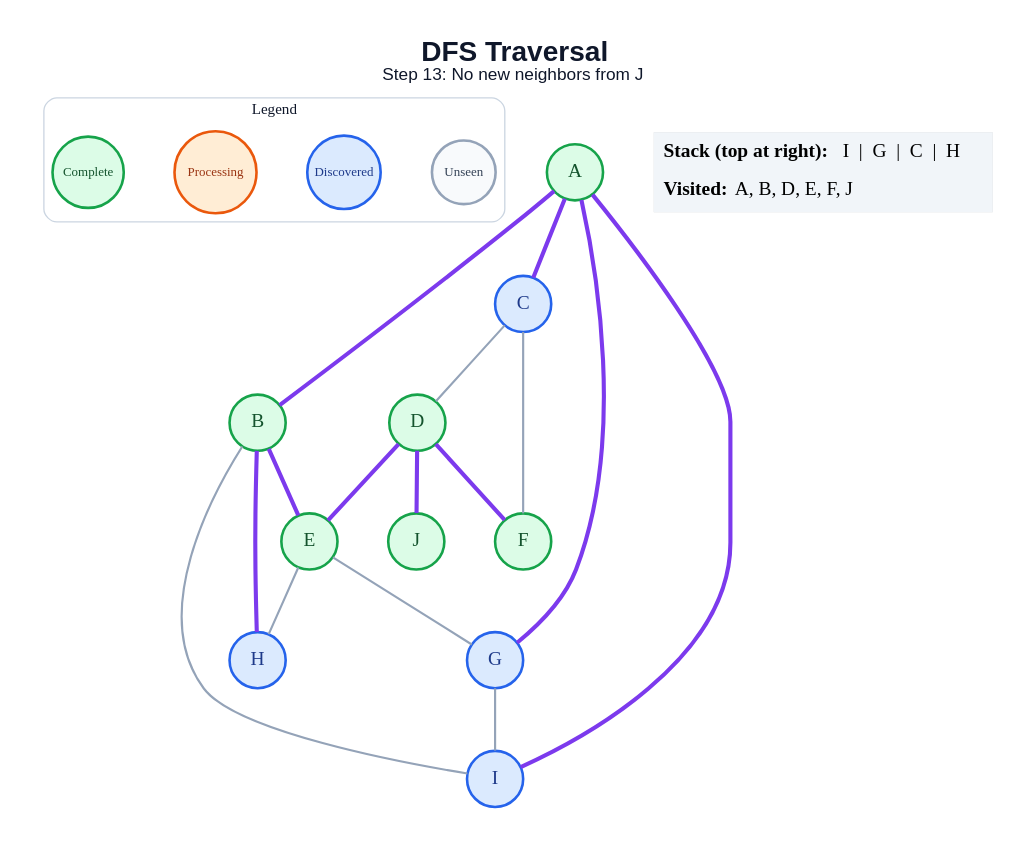
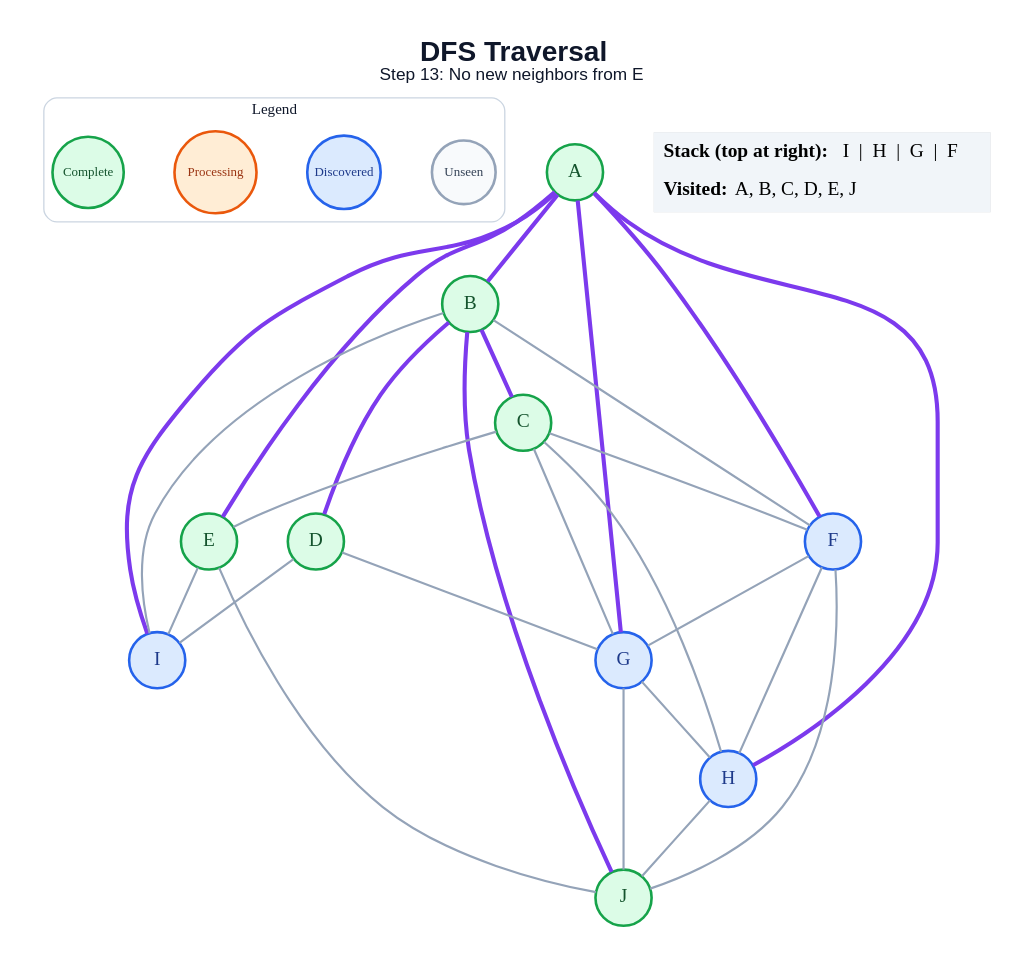
One commit to anon7238593-create/ai-slop changed the diagram in generated/dfs/step_13.dot. Above: the diagram before and after it, drawn with Graphviz. The commit also changed 178 other files, not shown here.

```diff
--- a/generated/dfs/step_13.dot
+++ b/generated/dfs/step_13.dot
@@ -1,44 +1,54 @@
 graph traversal {
   graph [layout=dot, rankdir=TB, bgcolor="#FFFFFF", pad="0.35", nodesep="0.65", ranksep="0.8", fontname="Arial"];
   node [shape=circle, style="filled", fontname="Arial Bold", fontsize=18, width=0.72, fixedsize=true, penwidth=2.4];
   edge [color="#94A3B8", penwidth=2.0];
-  label=<<B>DFS Traversal</B><BR/><FONT POINT-SIZE="16">Step 13: No new neighbors from J</FONT>>; labelloc="t"; fontsize=26; fontname="Arial"; fontcolor="#0F172A";
+  label=<<B>DFS Traversal</B><BR/><FONT POINT-SIZE="16">Step 13: No new neighbors from E</FONT>>; labelloc="t"; fontsize=26; fontname="Arial"; fontcolor="#0F172A";
   subgraph cluster_legend { label="Legend"; color="#CBD5E1"; penwidth=1.2; style="rounded"; fontsize=14; fontname="Arial Bold";
     key_unseen [label="Unseen", fillcolor="#F8FAFC", color="#94A3B8", fontcolor="#334155", fontsize=12, width=0.82];
     key_frontier [label="Discovered", fillcolor="#DBEAFE", color="#2563EB", fontcolor="#1E3A8A", fontsize=12, width=0.95];
     key_current [label="Processing", fillcolor="#FFEDD5", color="#EA580C", fontcolor="#9A3412", fontsize=12, width=1.05];
     key_done [label="Complete", fillcolor="#DCFCE7", color="#16A34A", fontcolor="#14532D", fontsize=12, width=0.92];
     { rank=same; key_unseen; key_frontier; key_current; key_done; }
   }
   A [fillcolor="#DCFCE7", color="#16A34A", fontcolor="#14532D"];
   B [fillcolor="#DCFCE7", color="#16A34A", fontcolor="#14532D"];
-  C [fillcolor="#DBEAFE", color="#2563EB", fontcolor="#1E3A8A"];
+  C [fillcolor="#DCFCE7", color="#16A34A", fontcolor="#14532D"];
   D [fillcolor="#DCFCE7", color="#16A34A", fontcolor="#14532D"];
   E [fillcolor="#DCFCE7", color="#16A34A", fontcolor="#14532D"];
-  F [fillcolor="#DCFCE7", color="#16A34A", fontcolor="#14532D"];
+  F [fillcolor="#DBEAFE", color="#2563EB", fontcolor="#1E3A8A"];
   G [fillcolor="#DBEAFE", color="#2563EB", fontcolor="#1E3A8A"];
   H [fillcolor="#DBEAFE", color="#2563EB", fontcolor="#1E3A8A"];
   I [fillcolor="#DBEAFE", color="#2563EB", fontcolor="#1E3A8A"];
   J [fillcolor="#DCFCE7", color="#16A34A", fontcolor="#14532D"];
   A -- B [color="#7C3AED", penwidth=3.8];
-  A -- C [color="#7C3AED", penwidth=3.8];
+  A -- E [color="#7C3AED", penwidth=3.8];
+  A -- F [color="#7C3AED", penwidth=3.8];
   A -- G [color="#7C3AED", penwidth=3.8];
+  A -- H [color="#7C3AED", penwidth=3.8];
   A -- I [color="#7C3AED", penwidth=3.8];
-  B -- E [color="#7C3AED", penwidth=3.8];
-  B -- H [color="#7C3AED", penwidth=3.8];
+  B -- C [color="#7C3AED", penwidth=3.8];
+  B -- D [color="#7C3AED", penwidth=3.8];
+  B -- F;
   B -- I;
-  C -- D;
+  B -- J [color="#7C3AED", penwidth=3.8];
+  C -- E;
   C -- F;
-  D -- E [color="#7C3AED", penwidth=3.8];
-  D -- F [color="#7C3AED", penwidth=3.8];
-  D -- J [color="#7C3AED", penwidth=3.8];
-  E -- G;
-  E -- H;
-  G -- I;
+  C -- G;
+  C -- H;
+  D -- G;
+  D -- I;
+  E -- I;
+  E -- J;
+  F -- G;
+  F -- H;
+  F -- J;
+  G -- H;
+  G -- J;
+  H -- J;
   status [shape=plain, fixedsize=false, width=0, height=0, margin=0, label=<
     <TABLE BORDER="0" CELLBORDER="0" CELLPADDING="7" BGCOLOR="#F1F5F9">
-      <TR><TD ALIGN="LEFT"><B>Stack (top at right):</B> I  |  G  |  C  |  H</TD></TR>
-      <TR><TD ALIGN="LEFT"><B>Visited:</B> A, B, D, E, F, J</TD></TR>
+      <TR><TD ALIGN="LEFT"><B>Stack (top at right):</B> I  |  H  |  G  |  F</TD></TR>
+      <TR><TD ALIGN="LEFT"><B>Visited:</B> A, B, C, D, E, J</TD></TR>
     </TABLE>
   >];
 }
```
